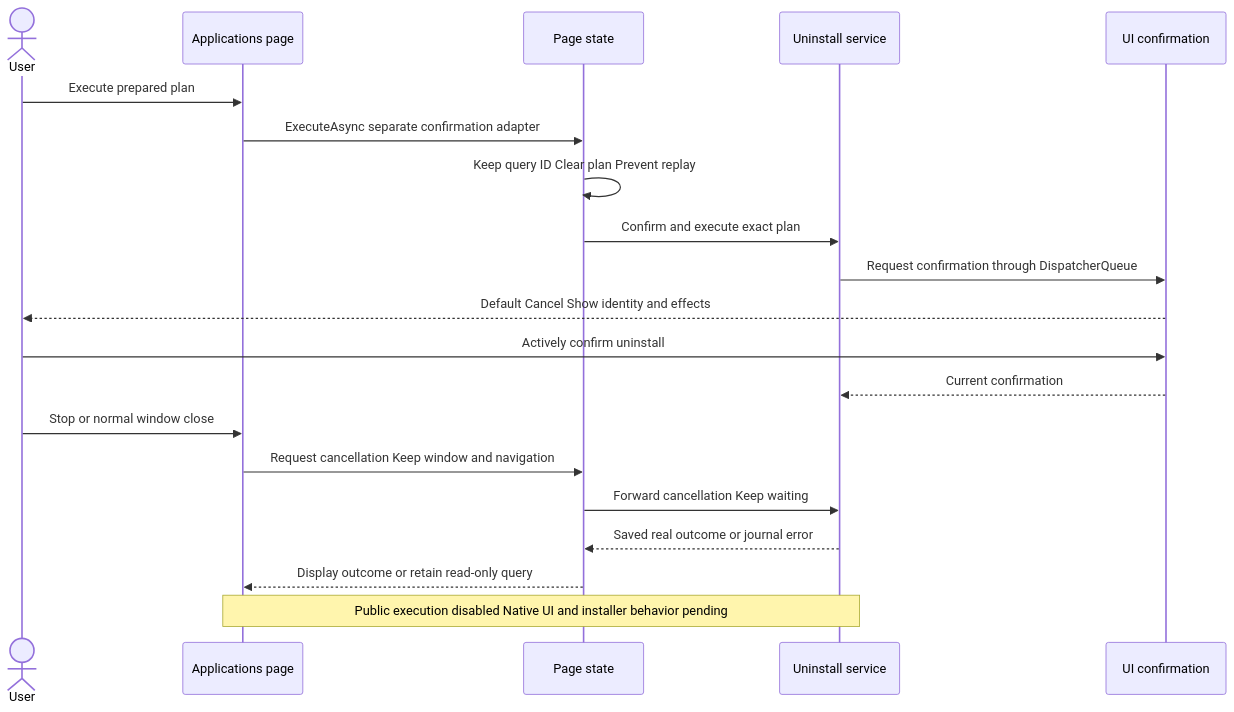
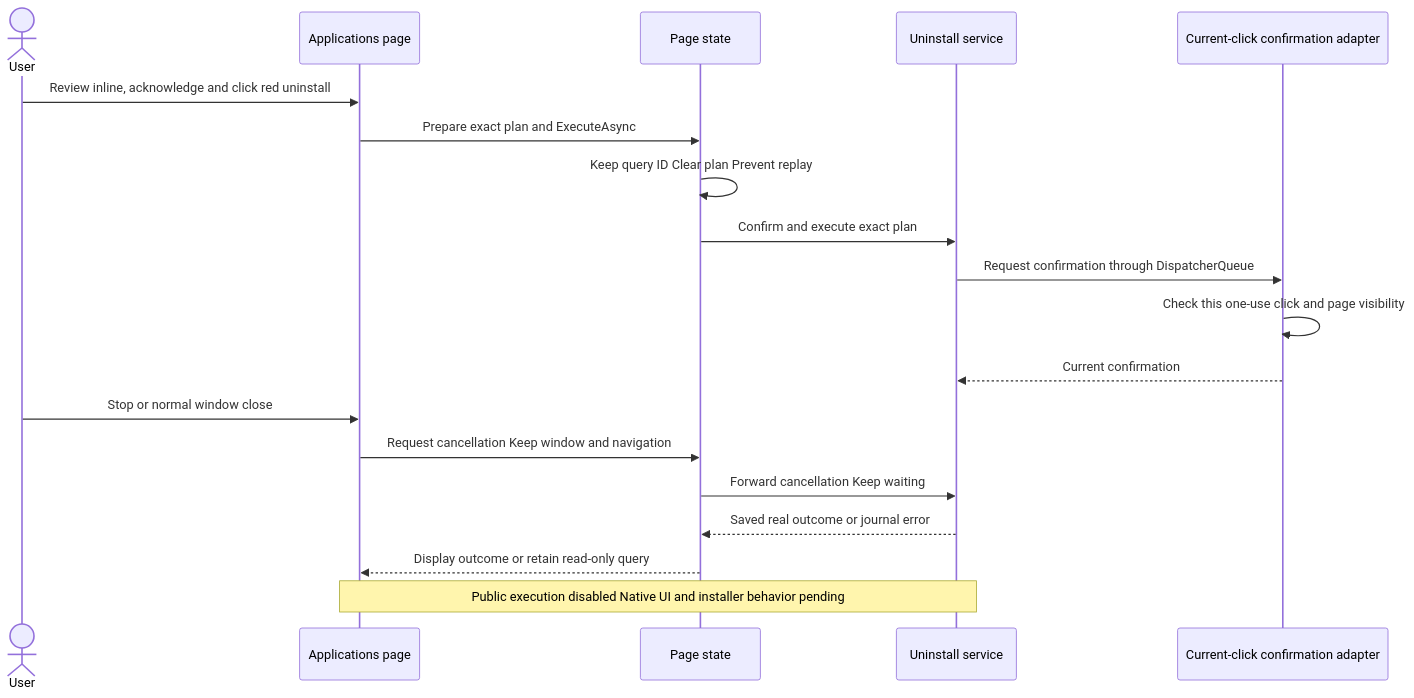
Before and after one commit to limecloud/shou: the seventh of 11 diagrams in docs/product/application-uninstall.md, drawn with Mermaid. The commit also changed other lines of this file and 270 other files, not shown here.

````diff
--- a/docs/product/application-uninstall.md
+++ b/docs/product/application-uninstall.md
@@ -204,22 +204,21 @@
 ```mermaid
 sequenceDiagram
   actor User
   participant Page as Applications page
   participant VM as Page state
   participant Service as Uninstall service
-  participant Dialog as UI confirmation
-  User->>Page: Execute prepared plan
-  Page->>VM: ExecuteAsync separate confirmation adapter
+  participant Dialog as Current-click confirmation adapter
+  User->>Page: Review inline, acknowledge and click red uninstall
+  Page->>VM: Prepare exact plan and ExecuteAsync
   VM->>VM: Keep query ID Clear plan Prevent replay
   VM->>Service: Confirm and execute exact plan
   Service->>Dialog: Request confirmation through DispatcherQueue
-  Dialog-->>User: Default Cancel Show identity and effects
-  User->>Dialog: Actively confirm uninstall
+  Dialog->>Dialog: Check this one-use click and page visibility
   Dialog-->>Service: Current confirmation
   User->>Page: Stop or normal window close
   Page->>VM: Request cancellation Keep window and navigation
   VM->>Service: Forward cancellation Keep waiting
   Service-->>VM: Saved real outcome or journal error
   VM-->>Page: Display outcome or retain read-only query
   Note over Page,Service: Public execution disabled Native UI and installer behavior pending
 ```
````
